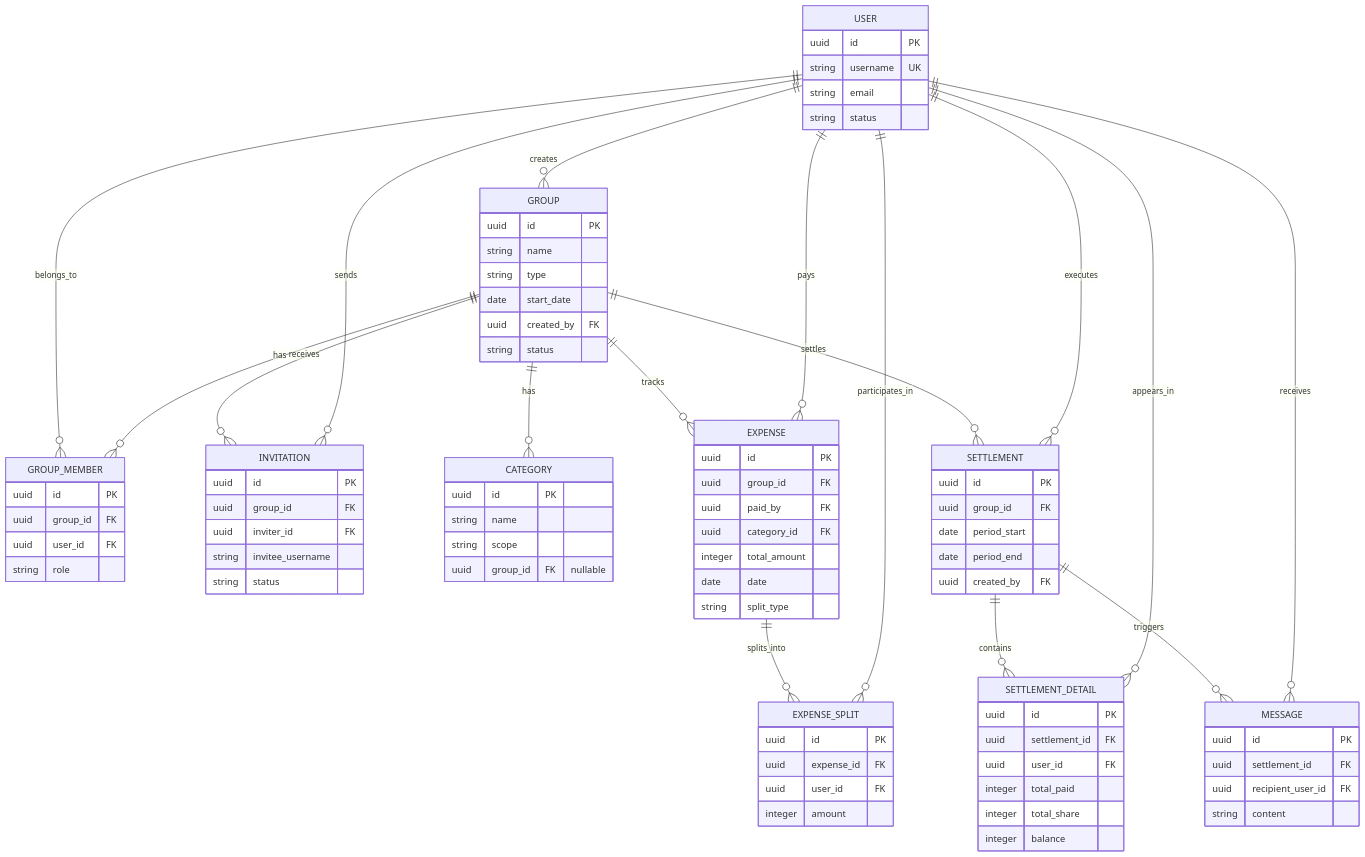
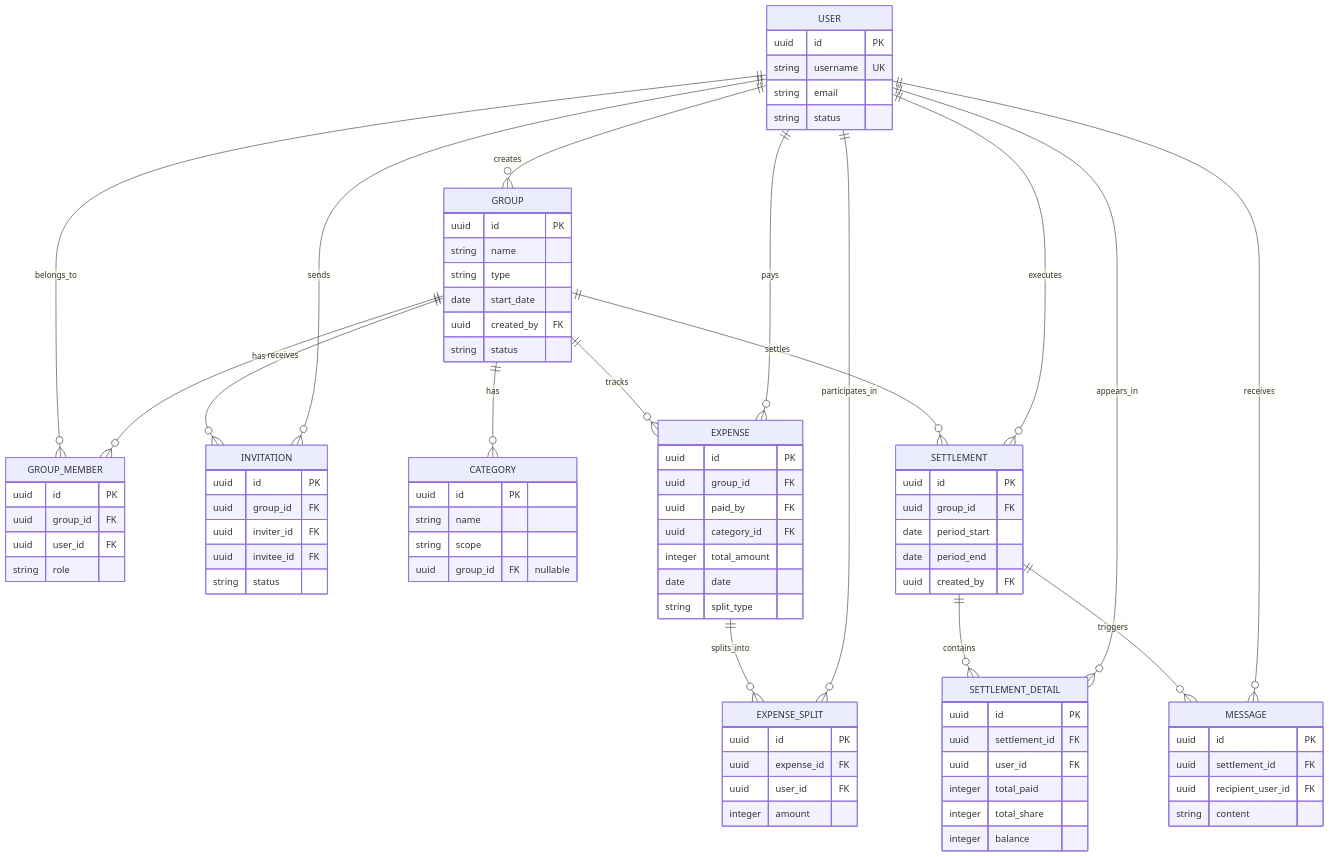
One commit to stepanowon/budget-book changed the second of 5 diagrams in docs/5-arch-diagram.md. Above: the diagram before and after it, drawn with Mermaid. The commit also changed other lines of this file and 92 other files, not shown here.

```diff
--- a/docs/5-arch-diagram.md
+++ b/docs/5-arch-diagram.md
@@ -77,7 +83,7 @@
         uuid id PK
         uuid group_id FK
         uuid inviter_id FK
-        string invitee_username
+        uuid invitee_id FK
         string status
     }
     
```
